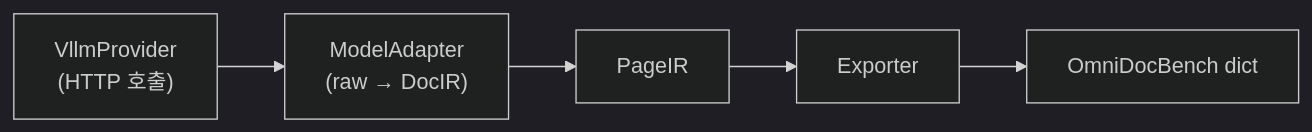
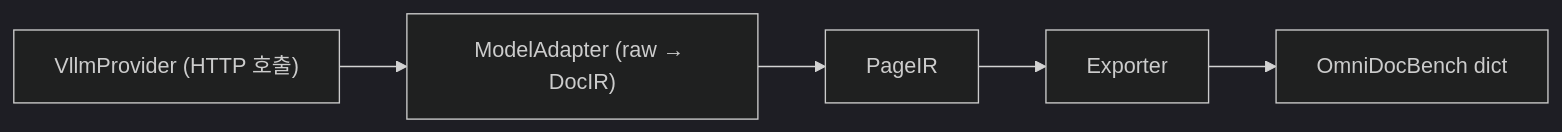
The fifth of 7 diagrams in docs/architecture/docir-architecture.md (appleparan/saegim), drawn with Mermaid (dark theme) before and after one commit. The commit also changed other lines of this file, not shown here.

First line of the commit message:
docs: fix mermaid node labels for GitHub compatibility

````diff
--- a/docs/architecture/docir-architecture.md
+++ b/docs/architecture/docir-architecture.md
@@ -384,10 +384,10 @@
 ```mermaid
 flowchart LR
-    VP["VllmProvider\n(HTTP 호출)"]
-    MA["ModelAdapter\n(raw → DocIR)"]
+    VP["VllmProvider (HTTP 호출)"]
+    MA["ModelAdapter (raw → DocIR)"]
     PIR["PageIR"]
     EX["Exporter"]
     OUT["OmniDocBench dict"]
 
     VP --> MA --> PIR --> EX --> OUT
 ```
````
